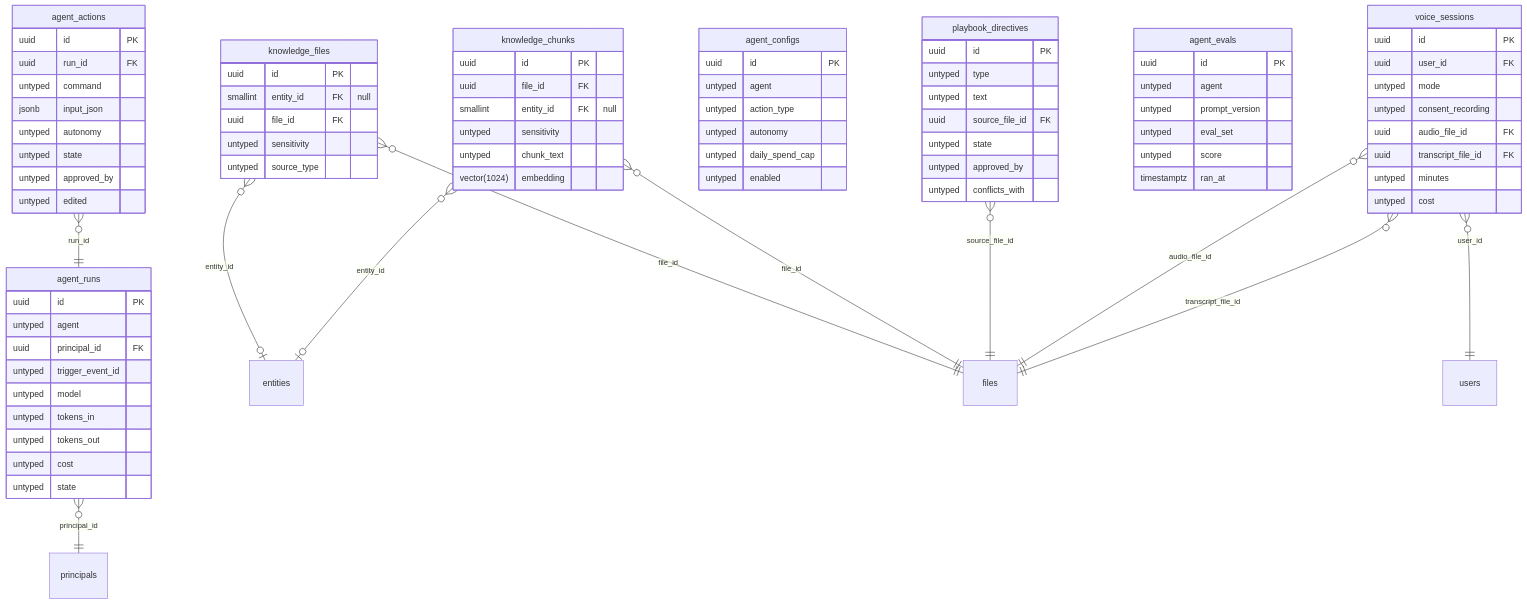
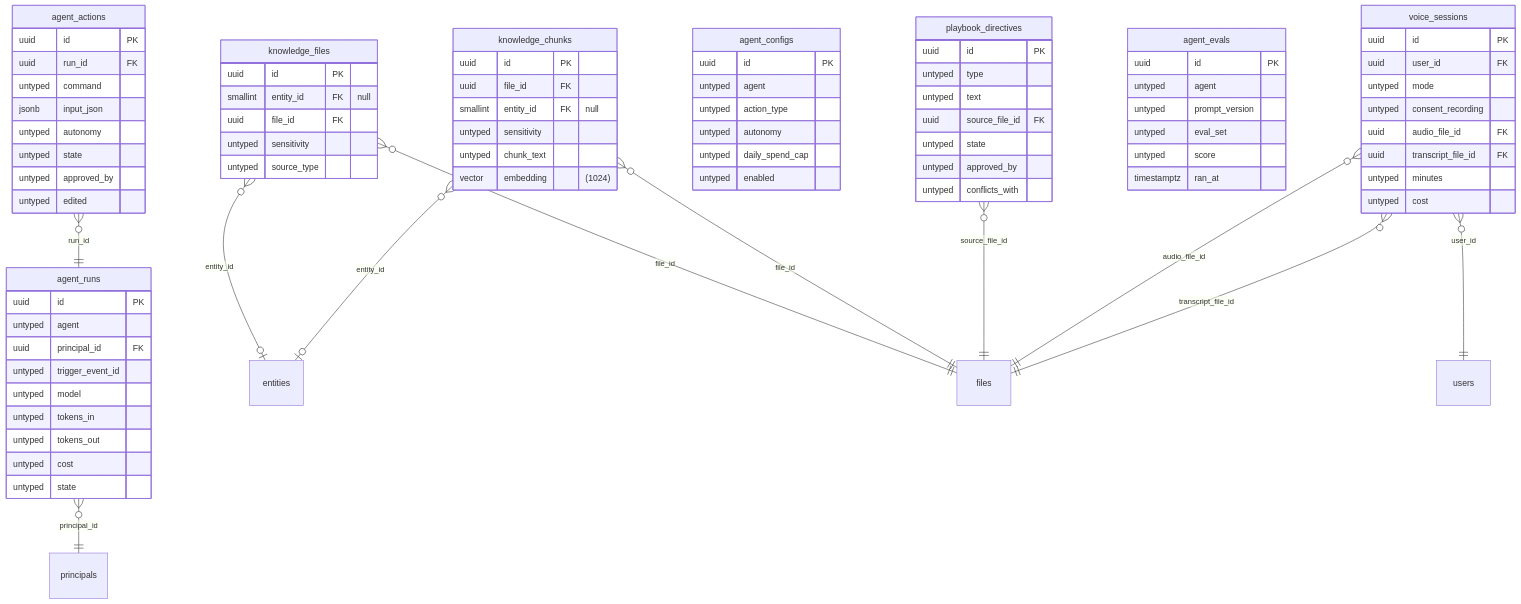
Before and after one commit to techaust/shakti_prime: diagram 13 of 14 in docs/data/ERD.md, drawn with Mermaid. The commit also changed other lines of this file and 29 other files, not shown here.

Commit message:
fix: generated documents tell the truth: state, change time and event per machine, ERD types and actor columns, events with meaning and emitters

```diff
--- a/docs/data/ERD.md
+++ b/docs/data/ERD.md
@@ -1469,7 +1471,7 @@
     smallint entity_id FK "null"
     untyped sensitivity
     untyped chunk_text
-    vector(1024) embedding
+    vector embedding "(1024)"
   }
   playbook_directives {
     uuid id PK
```
